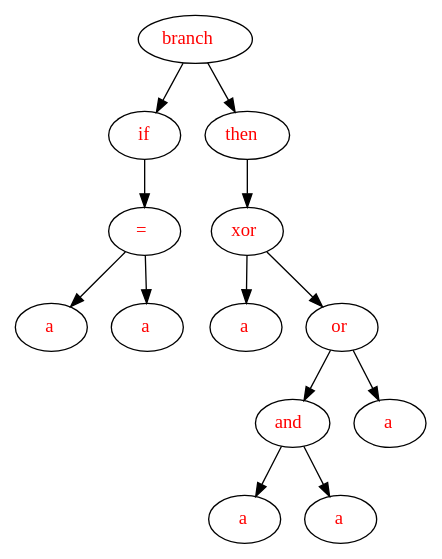
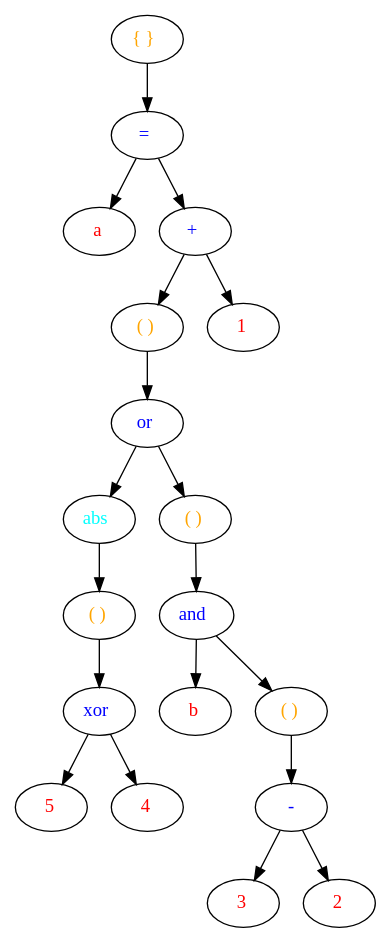
Before and after one commit to SmartPhoneJava/compiler-design: the diagram in 2/assets/ast.dot, drawn with Graphviz. The commit also changed 11 other files, not shown here.

```diff
--- a/2/assets/ast.dot
+++ b/2/assets/ast.dot
@@ -1,28 +1,40 @@
 digraph G {
 	"1."->"2.";
-	"1."->"3.";
-	"4."->"6.";
 	"2."->"4.";
+	"2."->"3.";
+	"3."->"6.";
+	"6."->"7.";
+	"7."->"9.";
+	"9."->"10.";
+	"10."->"11.";
+	"11."->"13.";
+	"11."->"12.";
+	"7."->"8.";
+	"8."->"14.";
+	"14."->"16.";
+	"14."->"15.";
+	"15."->"17.";
+	"17."->"19.";
+	"17."->"18.";
 	"3."->"5.";
-	"4."->"7.";
-	"5."->"8.";
-	"5."->"9.";
-	"9."->"10.";
-	"9."->"11.";
-	"10."->"12.";
-	"10."->"13.";
-	"1." [ label=<<font color="red">branch</font>> ];
-	"10." [ label=<<font color="red">and</font>> ];
-	"11." [ label=<<font color="red">a</font>> ];
-	"12." [ label=<<font color="red">a</font>> ];
-	"13." [ label=<<font color="red">a</font>> ];
-	"2." [ label=<<font color="red">if</font>> ];
-	"3." [ label=<<font color="red">then</font>> ];
-	"4." [ label=<<font color="red">=</font>> ];
-	"5." [ label=<<font color="red">xor</font>> ];
-	"6." [ label=<<font color="red">a</font>> ];
-	"7." [ label=<<font color="red">a</font>> ];
-	"8." [ label=<<font color="red">a</font>> ];
-	"9." [ label=<<font color="red">or</font>> ];
+	"1." [ label=<<font color="orange">{ }</font>> ];
+	"10." [ label=<<font color="orange">( )</font>> ];
+	"11." [ label=<<font color="blue">xor</font>> ];
+	"12." [ label=<<font color="red">4</font>> ];
+	"13." [ label=<<font color="red">5</font>> ];
+	"14." [ label=<<font color="blue">and</font>> ];
+	"15." [ label=<<font color="orange">( )</font>> ];
+	"16." [ label=<<font color="red">b</font>> ];
+	"17." [ label=<<font color="blue">-</font>> ];
+	"18." [ label=<<font color="red">2</font>> ];
+	"19." [ label=<<font color="red">3</font>> ];
+	"2." [ label=<<font color="blue">=</font>> ];
+	"3." [ label=<<font color="blue">+</font>> ];
+	"4." [ label=<<font color="red">a</font>> ];
+	"5." [ label=<<font color="red">1</font>> ];
+	"6." [ label=<<font color="orange">( )</font>> ];
+	"7." [ label=<<font color="blue">or</font>> ];
+	"8." [ label=<<font color="orange">( )</font>> ];
+	"9." [ label=<<font color="cyan">abs</font>> ];
 
 }
```
